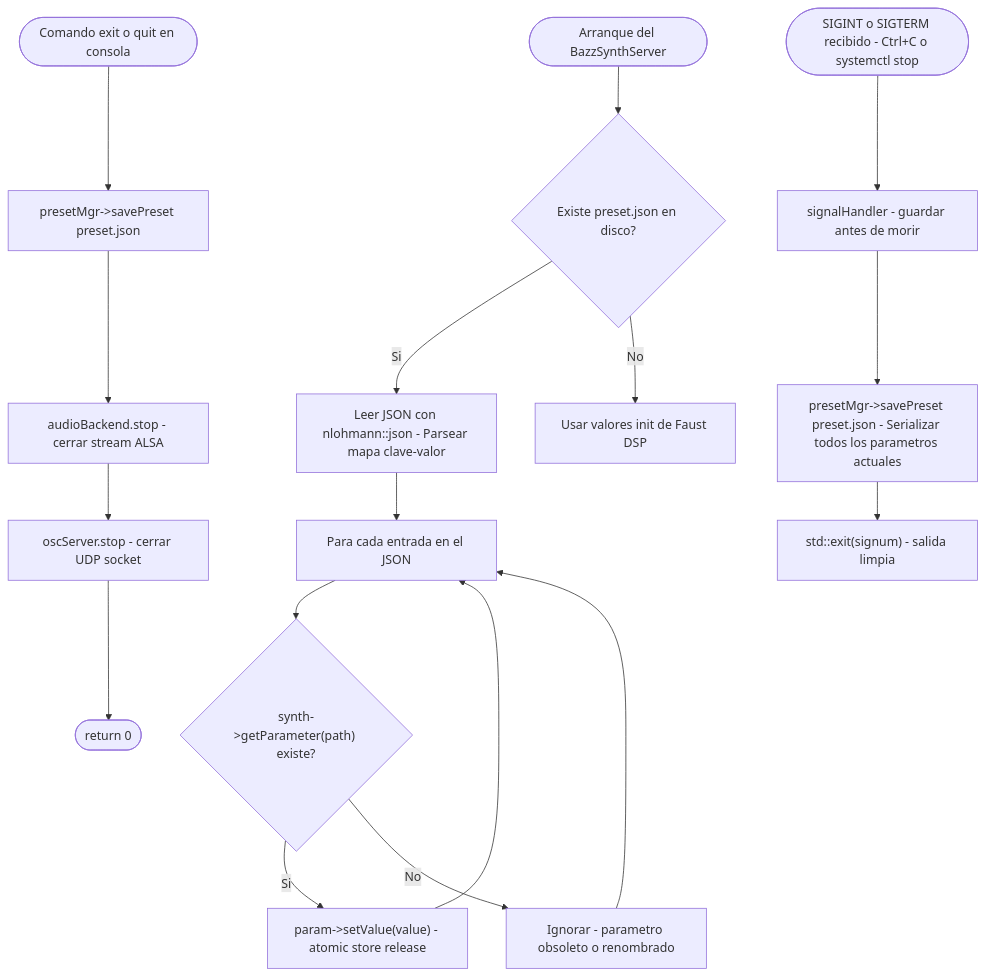
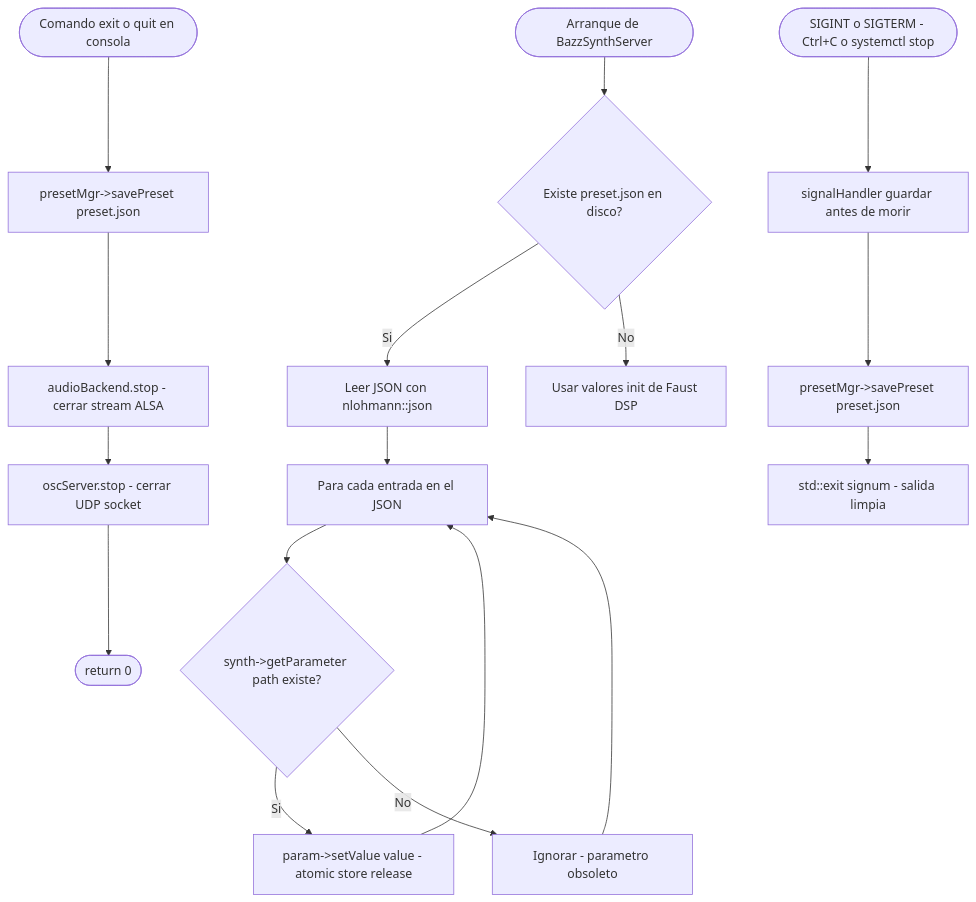
Before and after one commit to Zann181/sintetizador: the tenth of 12 diagrams in README.md, drawn with Mermaid. The commit also changed other lines of this file and 21 other files, not shown here.

````diff
--- a/README.md
+++ b/README.md
@@ -1495,26 +1360,26 @@
 ```mermaid
 flowchart TD
-    ARRANQUE(["Arranque del BazzSynthServer"])
+    ARRANQUE(["Arranque de BazzSynthServer"])
     ARRANQUE --> EXISTE{"Existe preset.json en disco?"}
 
-    EXISTE -->|"Si"| LEER["Leer JSON con nlohmann::json - Parsear mapa clave-valor"]
+    EXISTE -->|"Si"| LEER["Leer JSON con nlohmann::json"]
     EXISTE -->|"No"| DEFAULTS["Usar valores init de Faust DSP"]
 
     LEER --> LOOP["Para cada entrada en el JSON"]
-    LOOP --> FIND_PARAM{"synth->getParameter(path) existe?"}
-    FIND_PARAM -->|"Si"| SET_ATOMIC["param->setValue(value) - atomic store release"]
-    FIND_PARAM -->|"No"| SKIP["Ignorar - parametro obsoleto o renombrado"]
+    LOOP --> FIND_PARAM{"synth->getParameter path existe?"}
+    FIND_PARAM -->|"Si"| SET_ATOMIC["param->setValue value - atomic store release"]
+    FIND_PARAM -->|"No"| SKIP["Ignorar - parametro obsoleto"]
     SET_ATOMIC --> LOOP
     SKIP --> LOOP
 
-    SIGINT(["SIGINT o SIGTERM recibido - Ctrl+C o systemctl stop"])
-    SIGINT --> HANDLER["signalHandler - guardar antes de morir"]
-    HANDLER --> SAVE_JSON["presetMgr->savePreset preset.json - Serializar todos los parametros actuales"]
-    SAVE_JSON --> EXIT_SAFE["std::exit(signum) - salida limpia"]
+    SIGINT(["SIGINT o SIGTERM - Ctrl+C o systemctl stop"])
+    SIGINT --> HANDLER["signalHandler guardar antes de morir"]
+    HANDLER --> SAVE_JSON["presetMgr->savePreset preset.json"]
+    SAVE_JSON --> EXIT_SAFE["std::exit signum - salida limpia"]
 
     CMD_EXIT(["Comando exit o quit en consola"])
     CMD_EXIT --> SAVE_FINAL["presetMgr->savePreset preset.json"]
     SAVE_FINAL --> STOP_AUDIO["audioBackend.stop - cerrar stream ALSA"]
     STOP_AUDIO --> STOP_OSC["oscServer.stop - cerrar UDP socket"]
     STOP_OSC --> RETURN_0(["return 0"])
 ```
````
